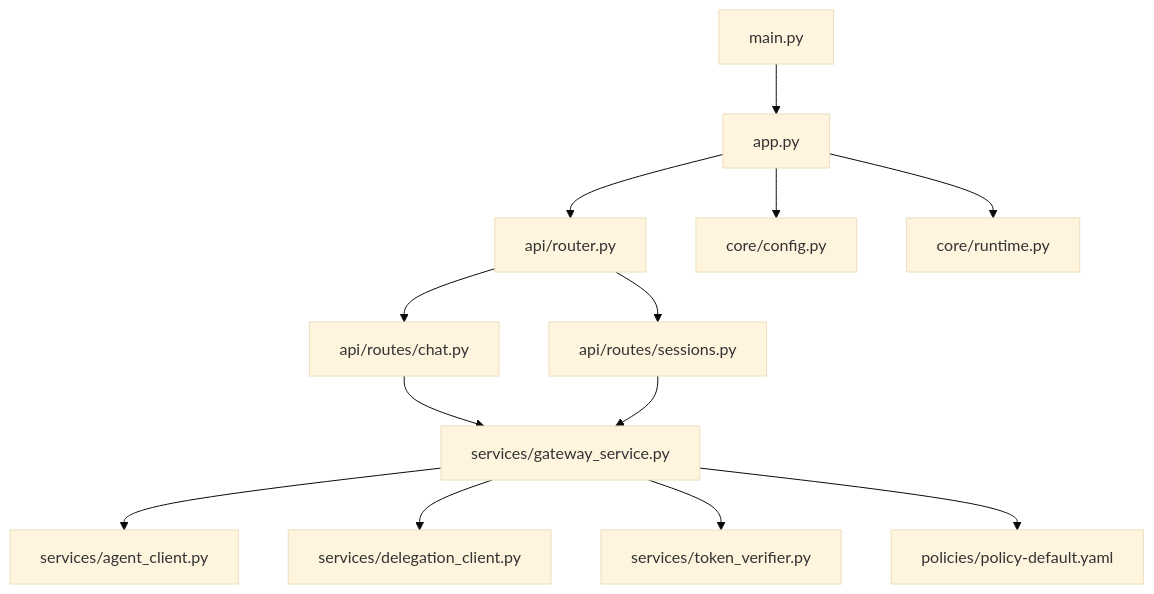
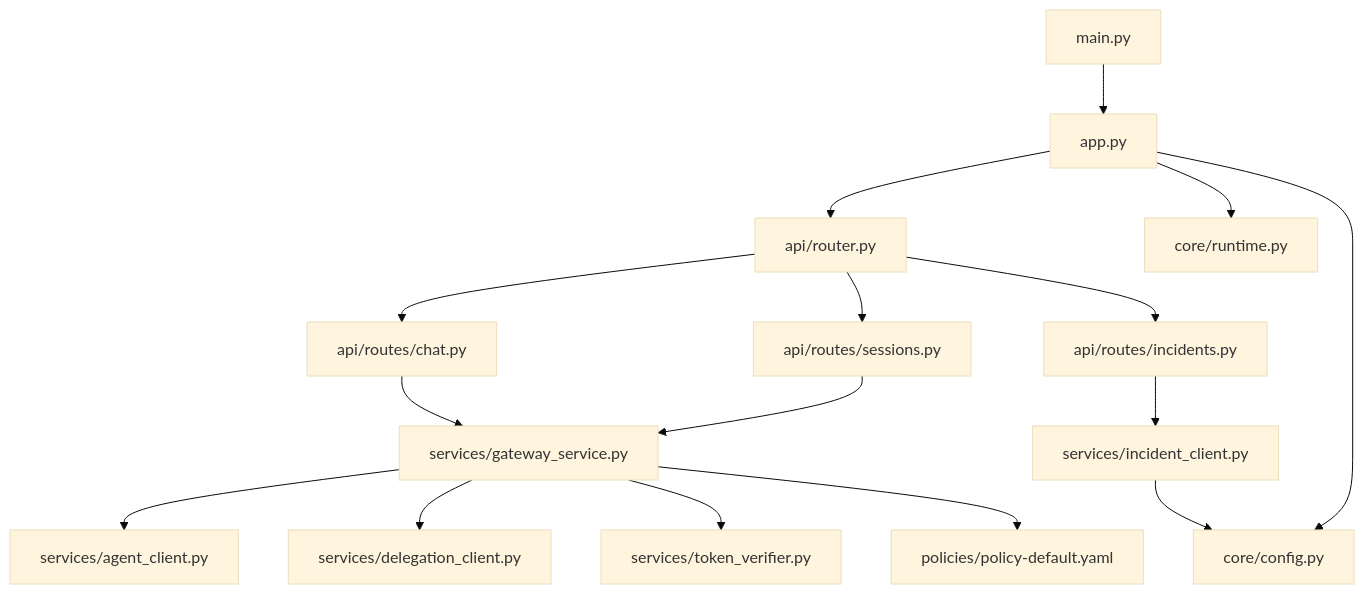
Diagram 12 of 12 in .qoder/repowiki/en/content/Architecture Documentation/Platform Gateway Service.md (metasync/luban-aiops), drawn with Mermaid (base theme) before and after one commit. The commit also changed other lines of this file and 6 other files, not shown here.

````diff
--- a/.qoder/repowiki/en/content/Architecture Documentation/Platform Gateway Service.md
+++ b/.qoder/repowiki/en/content/Architecture Documentation/Platform Gateway Service.md
@@ -383,15 +521,18 @@
 ```mermaid
 graph TB
 Main["main.py"] --> App["app.py"]
 App --> Router["api/router.py"]
 Router --> Chat["api/routes/chat.py"]
 Router --> Sessions["api/routes/sessions.py"]
+Router --> Incidents["api/routes/incidents.py"]
 Chat --> GwSvc["services/gateway_service.py"]
 Sessions --> GwSvc
+Incidents --> IncClient["services/incident_client.py"]
 GwSvc --> Agent["services/agent_client.py"]
 GwSvc --> Deleg["services/delegation_client.py"]
 GwSvc --> Verify["services/token_verifier.py"]
 GwSvc --> Policy["policies/policy-default.yaml"]
-App --> Config["core/config.py"]
+IncClient --> Config["core/config.py"]
+App --> Config
 App --> Runtime["core/runtime.py"]
 ```
````
